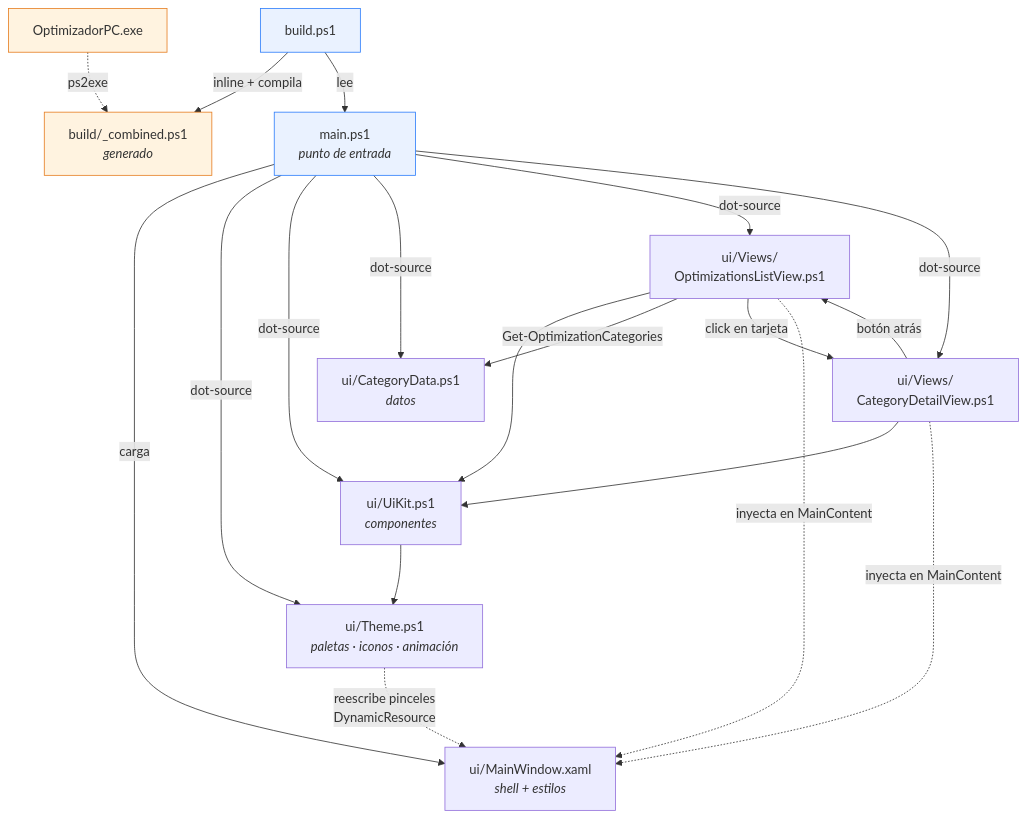
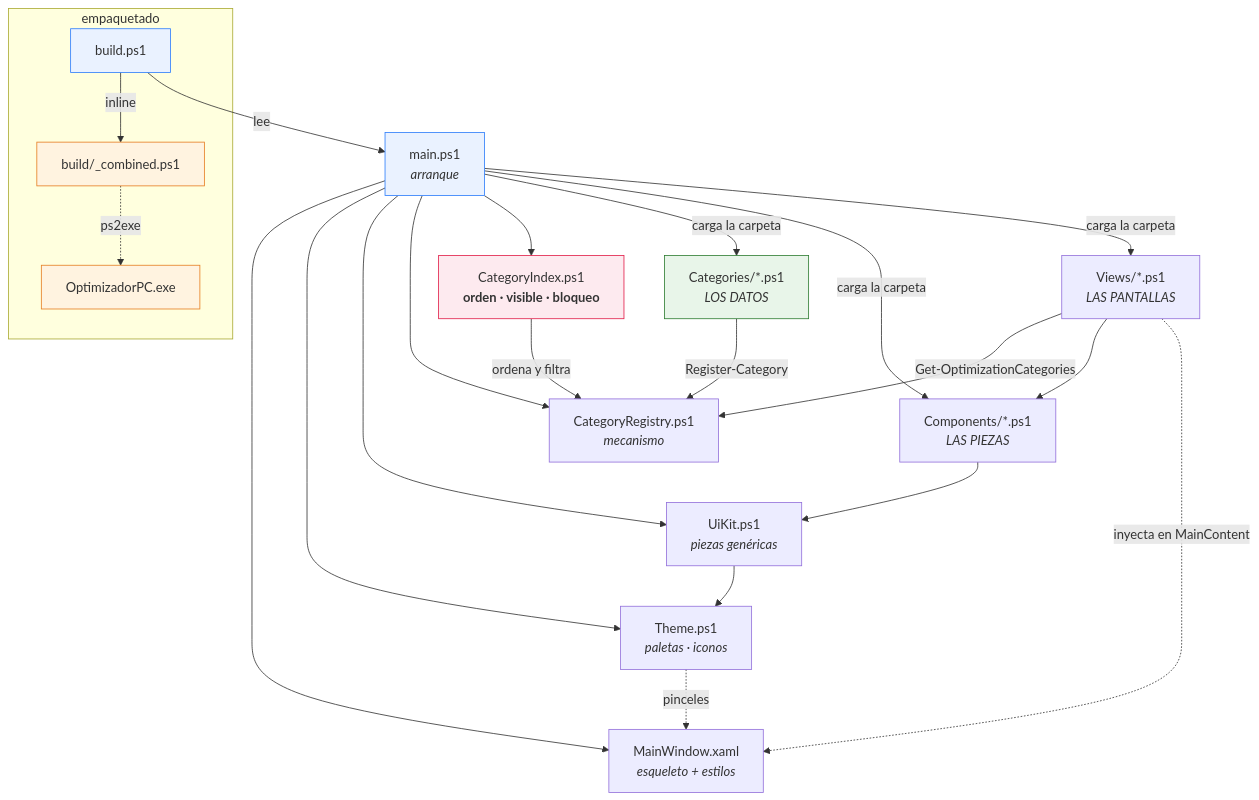
The first of 4 diagrams in README.md (johansparra/OptimizadorPC), drawn with Mermaid before and after one commit. The commit also changed other lines of this file and 22 other files, not shown here.

````diff
--- a/README.md
+++ b/README.md
@@ -37,29 +151,37 @@
 ```mermaid
 graph TD
-    EXE["OptimizadorPC.exe"] -.->|ps2exe| COMB["build/_combined.ps1<br/><i>generado</i>"]
-    BUILD["build.ps1"] -->|inline + compila| COMB
+    subgraph BUILD["empaquetado"]
+        BLD["build.ps1"] -->|inline| COMB["build/_combined.ps1"]
+        COMB -.->|ps2exe| EXE["OptimizadorPC.exe"]
+    end
 
-    MAIN["main.ps1<br/><i>punto de entrada</i>"] -->|carga| XAML["ui/MainWindow.xaml<br/><i>shell + estilos</i>"]
-    MAIN -->|dot-source| THEME["ui/Theme.ps1<br/><i>paletas · iconos · animación</i>"]
-    MAIN -->|dot-source| KIT["ui/UiKit.ps1<br/><i>componentes</i>"]
-    MAIN -->|dot-source| DATA["ui/CategoryData.ps1<br/><i>datos</i>"]
-    MAIN -->|dot-source| LIST["ui/Views/<br/>OptimizationsListView.ps1"]
-    MAIN -->|dot-source| DET["ui/Views/<br/>CategoryDetailView.ps1"]
+    MAIN["main.ps1<br/><i>arranque</i>"] --> XAML["MainWindow.xaml<br/><i>esqueleto + estilos</i>"]
+    MAIN --> THEME["Theme.ps1<br/><i>paletas · iconos</i>"]
+    MAIN --> KIT["UiKit.ps1<br/><i>piezas genéricas</i>"]
+    MAIN --> REG["CategoryRegistry.ps1<br/><i>mecanismo</i>"]
+    MAIN --> IDX["CategoryIndex.ps1<br/><b>orden · visible · bloqueo</b>"]
 
+    MAIN -->|carga la carpeta| CATS["Categories/*.ps1<br/><i>LOS DATOS</i>"]
+    MAIN -->|carga la carpeta| COMPS["Components/*.ps1<br/><i>LAS PIEZAS</i>"]
+    MAIN -->|carga la carpeta| VIEWS["Views/*.ps1<br/><i>LAS PANTALLAS</i>"]
+
+    CATS -->|Register-Category| REG
+    IDX -->|ordena y filtra| REG
+    VIEWS -->|Get-OptimizationCategories| REG
+    VIEWS --> COMPS
+    COMPS --> KIT
     KIT --> THEME
-    LIST --> KIT
-    DET --> KIT
-    LIST -->|Get-OptimizationCategories| DATA
-    LIST -->|click en tarjeta| DET
-    DET -->|botón atrás| LIST
-    THEME -.->|reescribe pinceles<br/>DynamicResource| XAML
-    LIST -.->|inyecta en MainContent| XAML
-    DET -.->|inyecta en MainContent| XAML
+    THEME -.->|pinceles| XAML
+    VIEWS -.->|inyecta en MainContent| XAML
 
-    BUILD -->|lee| MAIN
+    BLD -->|lee| MAIN
 
+    classDef data fill:#E8F5E9,stroke:#2E7D32,color:#333
     classDef gen fill:#FFF3E0,stroke:#E67E22,color:#333
     classDef entry fill:#EAF2FF,stroke:#2D7DFB,color:#333
+    classDef main fill:#FDEAEF,stroke:#E11D48,color:#333
+    class CATS data
     class COMB,EXE gen
-    class MAIN,BUILD entry
+    class MAIN,BLD entry
+    class IDX main
 ```
````
